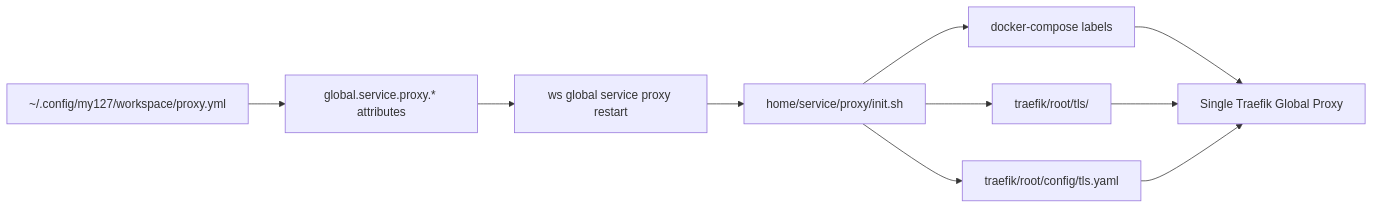
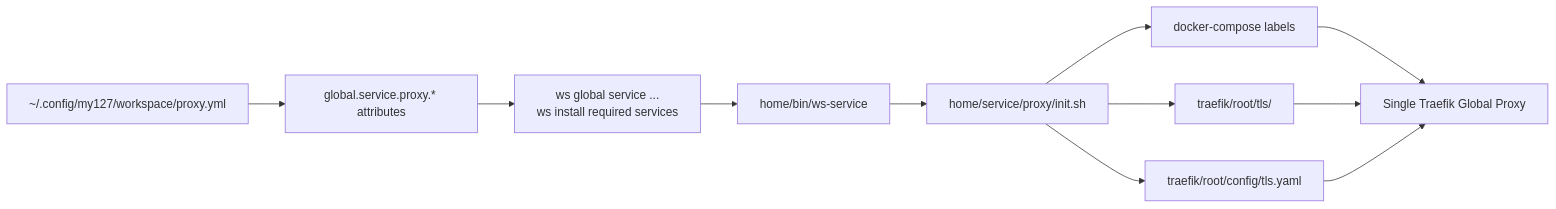
Before and after one commit to my127/workspace: the diagram in docs/custom-proxy-domain.md, drawn with Mermaid. The commit also changed other lines of this file and 8 other files, not shown here.

Commit message:
feat: implement proxy environment population and update service initialization to use global configuration

````diff
--- a/docs/custom-proxy-domain.md
+++ b/docs/custom-proxy-domain.md
@@ -39,21 +39,23 @@
 ```mermaid
 flowchart LR
   configFile["~/.config/my127/workspace/proxy.yml"]
   attributes["global.service.proxy.* attributes"]
-  commands["ws global service proxy restart"]
+  commands["ws global service ...<br/>ws install required services"]
+  serviceWrapper["home/bin/ws-service"]
   init["home/service/proxy/init.sh"]
   compose["docker-compose labels"]
   tlsFiles["traefik/root/tls/<cert files>"]
   tlsConfig["traefik/root/config/tls.yaml"]
   traefik["Single Traefik Global Proxy"]
 
   configFile --> attributes
   attributes --> commands
-  commands --> init
+  commands --> serviceWrapper
+  serviceWrapper --> init
   init --> compose
   init --> tlsFiles
   init --> tlsConfig
   compose --> traefik
   tlsFiles --> traefik
   tlsConfig --> traefik
 ```
````
